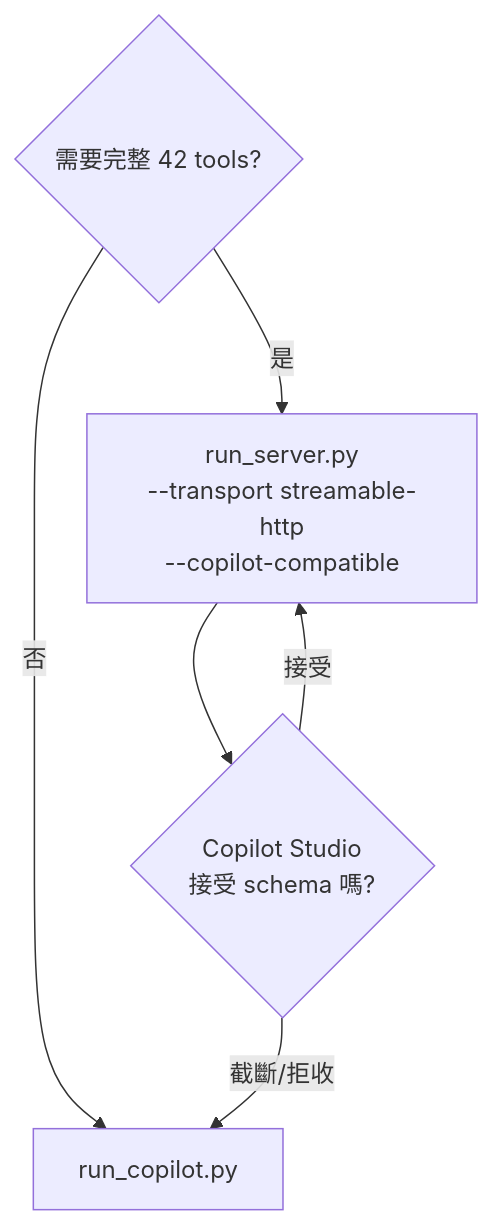
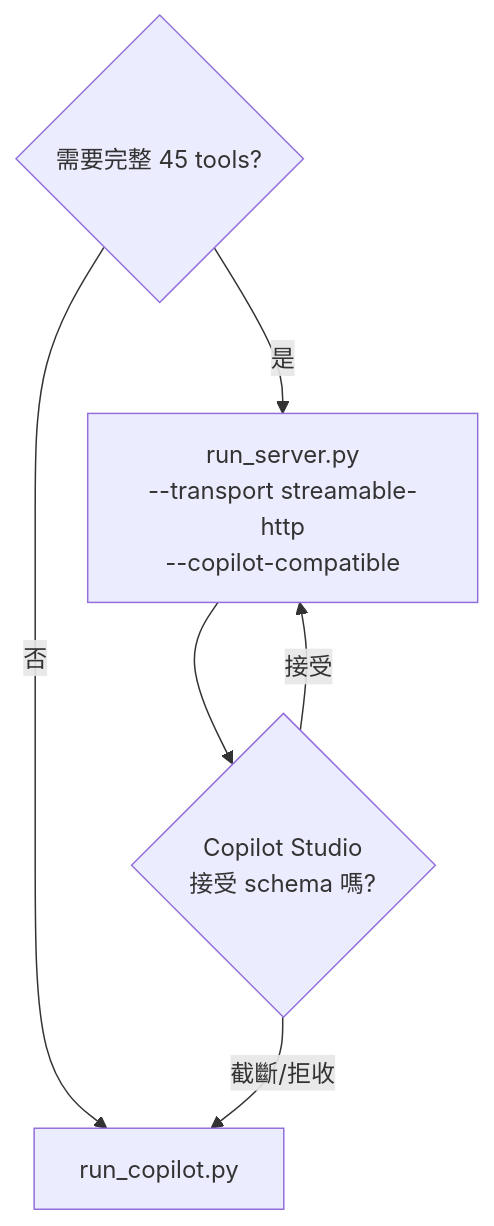
The tenth of 11 diagrams in ARCHITECTURE.md (u9401066/pubmed-search-mcp), drawn with Mermaid before and after one commit. The commit also changed other lines of this file and 35 other files, not shown here.

````diff
--- a/ARCHITECTURE.md
+++ b/ARCHITECTURE.md
@@ -460,13 +460,13 @@
 ```mermaid
 flowchart TD
-  Need{需要完整 42 tools?}
+  Need{需要完整 45 tools?}
   Full[run_server.py\n--transport streamable-http\n--copilot-compatible]
   Simplified[run_copilot.py]
   Studio{Copilot Studio\n接受 schema 嗎?}
 
   Need -->|是| Full
   Need -->|否| Simplified
   Full --> Studio
   Studio -->|接受| Full
   Studio -->|截斷/拒收| Simplified
 ```
````
